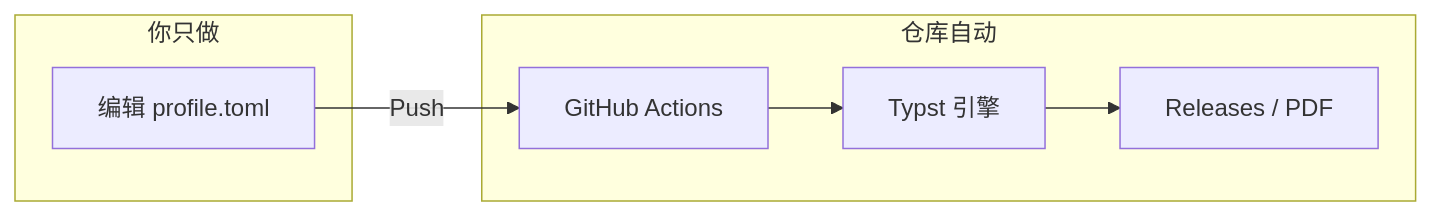
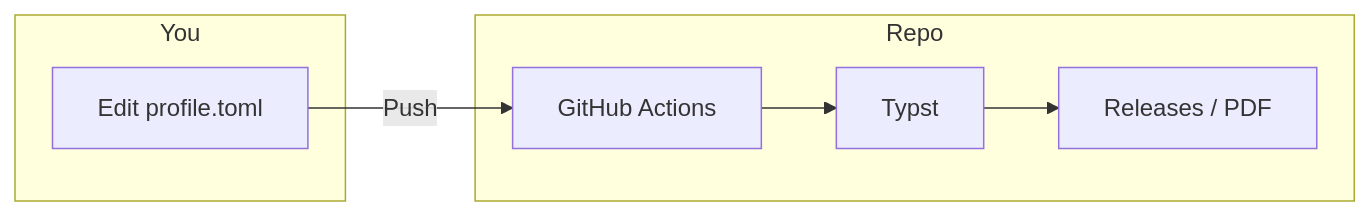
The diagram in README.md (bosprimigenious/Typst-Matrix), drawn with Mermaid before and after one commit. The commit also changed other lines of this file, not shown here.

````diff
--- a/README.md
+++ b/README.md
@@ -12,14 +20,14 @@
 ```mermaid
 flowchart LR
-  subgraph 你只做
-    A[编辑 profile.toml]
+  subgraph You
+    A[Edit profile.toml]
   end
-  subgraph 仓库自动
-    B[Typst 引擎]
+  subgraph Repo
+    B[Typst]
     C[GitHub Actions]
     D[Releases / PDF]
   end
   A -->|Push| C
   C --> B
   B --> D
 ```
````
